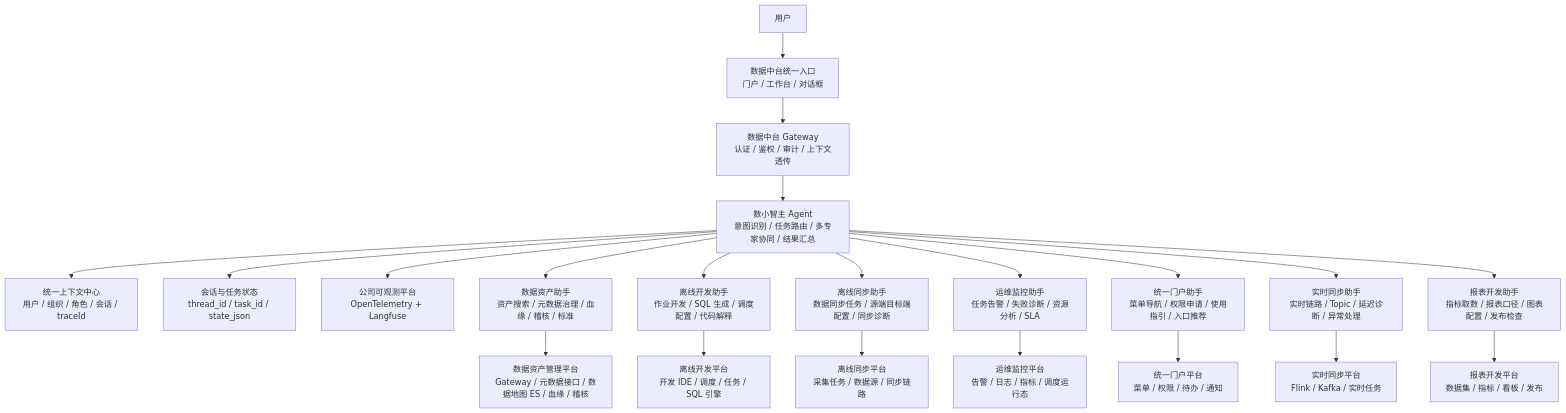
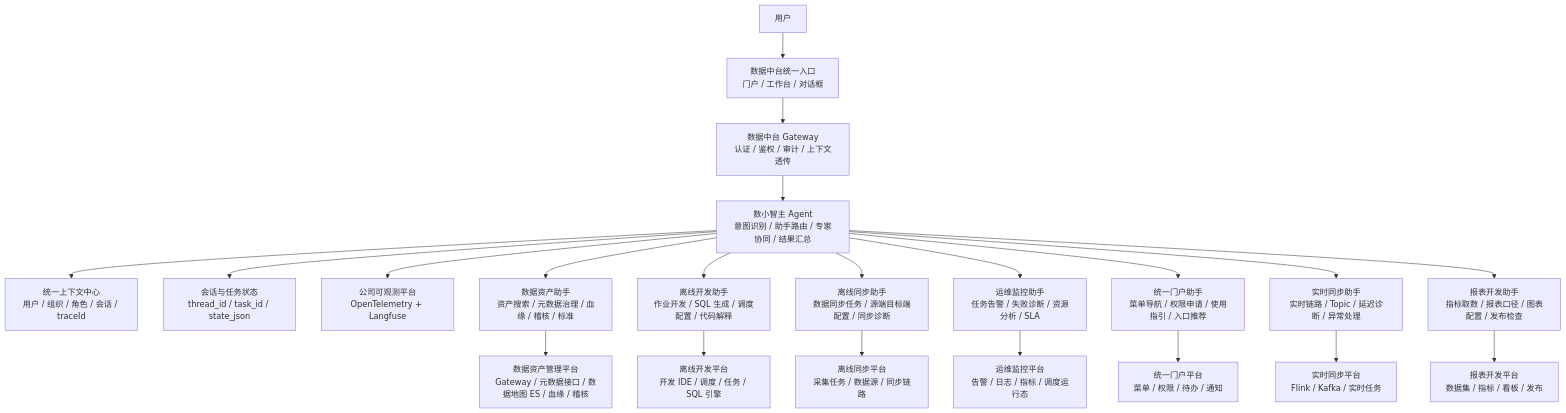
Before and after one commit to ShaneLiu001/dataasset: the first of 3 diagrams in 数据资产助手/02-数小智整体架构.md, drawn with Mermaid. The commit also changed other lines of this file and 60 other files, not shown here.

````diff
--- a/数据资产助手/02-数小智整体架构.md
+++ b/数据资产助手/02-数小智整体架构.md
@@ -11,26 +11,26 @@
 ```mermaid
 flowchart TB
   User[用户] --> Portal[数据中台统一入口<br/>门户 / 工作台 / 对话框]
   Portal --> Gateway[数据中台 Gateway<br/>认证 / 鉴权 / 审计 / 上下文透传]
-  Gateway --> Xiaozhi[数小智主 Agent<br/>意图识别 / 任务路由 / 多专家协同 / 结果汇总]
+  Gateway --> Xiaozhi[数小智主 Agent<br/>意图识别 / 助手路由 / 专家协同 / 结果汇总]
 
   Xiaozhi --> Context[统一上下文中心<br/>用户 / 组织 / 角色 / 会话 / traceId]
   Xiaozhi --> Memory[会话与任务状态<br/>thread_id / task_id / state_json]
   Xiaozhi --> Obs[公司可观测平台<br/>OpenTelemetry + Langfuse]
 
   Xiaozhi --> AssetAgent[数据资产助手<br/>资产搜索 / 元数据治理 / 血缘 / 稽核 / 标准]
   Xiaozhi --> OfflineDevAgent[离线开发助手<br/>作业开发 / SQL 生成 / 调度配置 / 代码解释]
   Xiaozhi --> OfflineSyncAgent[离线同步助手<br/>数据同步任务 / 源端目标端配置 / 同步诊断]
   Xiaozhi --> OpsAgent[运维监控助手<br/>任务告警 / 失败诊断 / 资源分析 / SLA]
   Xiaozhi --> PortalAgent[统一门户助手<br/>菜单导航 / 权限申请 / 使用指引 / 入口推荐]
   Xiaozhi --> RealtimeSyncAgent[实时同步助手<br/>实时链路 / Topic / 延迟诊断 / 异常处理]
   Xiaozhi --> ReportAgent[报表开发助手<br/>指标取数 / 报表口径 / 图表配置 / 发布检查]
 
   AssetAgent --> AssetPlatform[数据资产管理平台<br/>Gateway / 元数据接口 / 数据地图 ES / 血缘 / 稽核]
   OfflineDevAgent --> OfflineDev[离线开发平台<br/>开发 IDE / 调度 / 任务 / SQL 引擎]
   OfflineSyncAgent --> OfflineSync[离线同步平台<br/>采集任务 / 数据源 / 同步链路]
   OpsAgent --> Ops[运维监控平台<br/>告警 / 日志 / 指标 / 调度运行态]
   PortalAgent --> UnifiedPortal[统一门户平台<br/>菜单 / 权限 / 待办 / 通知]
   RealtimeSyncAgent --> RealtimeSync[实时同步平台<br/>Flink / Kafka / 实时任务]
   ReportAgent --> BI[报表开发平台<br/>数据集 / 指标 / 看板 / 发布]
 ```
````
